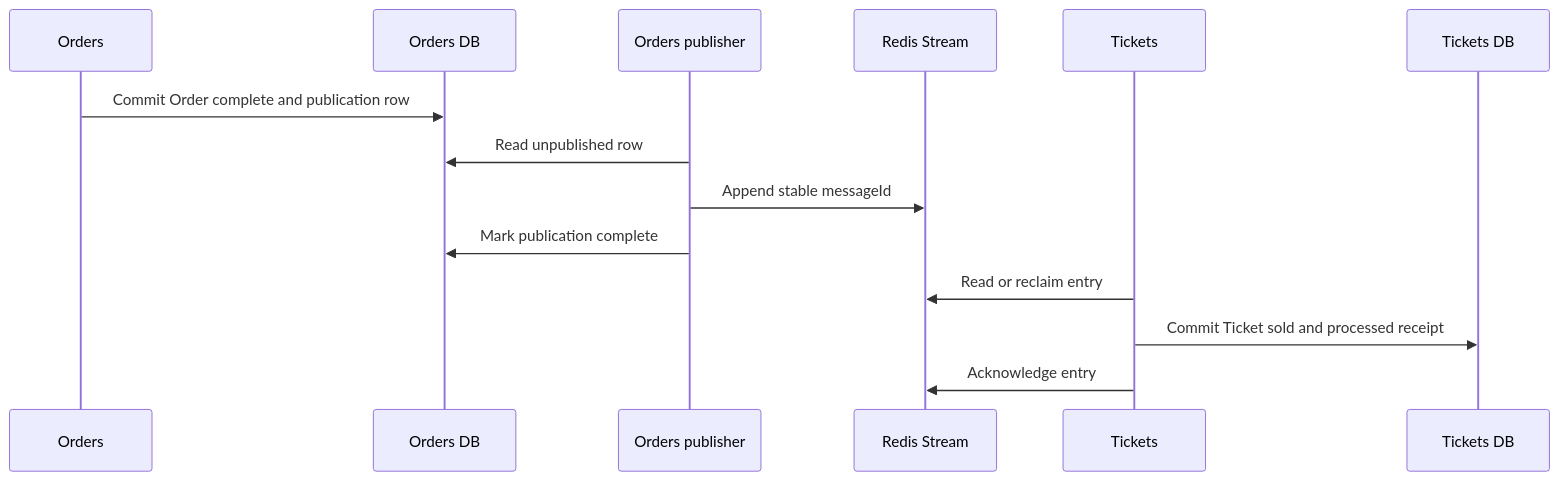
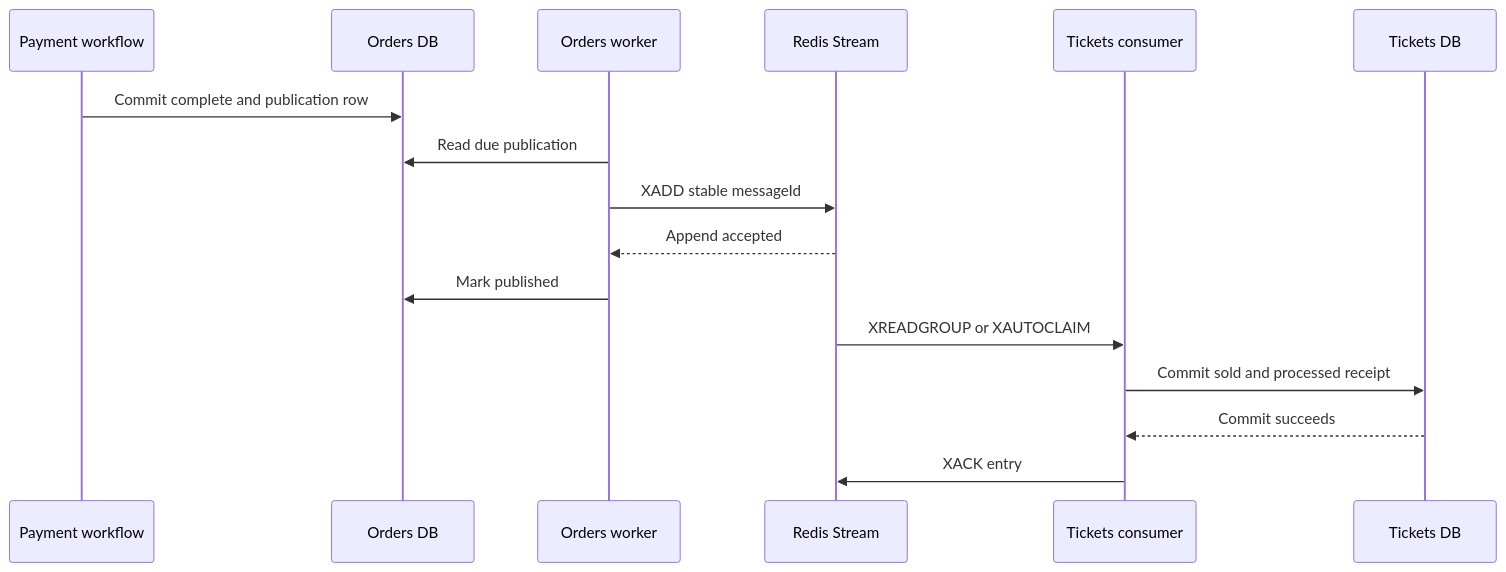
The diagram in docs/service-design/09-guided-practice.md (h19overflow/stubhub), drawn with Mermaid before and after one commit. The commit also changed other lines of this file and 15 other files, not shown here.

````diff
--- a/docs/service-design/09-guided-practice.md
+++ b/docs/service-design/09-guided-practice.md
@@ -117,17 +244,19 @@
 ```mermaid
 sequenceDiagram
-    participant Orders
+    participant Pay as Payment workflow
     participant ODB as Orders DB
-    participant Worker as Orders publisher
-    participant Bus as Redis Stream
-    participant Tickets
+    participant Worker as Orders worker
+    participant Redis as Redis Stream
+    participant Consumer as Tickets consumer
     participant TDB as Tickets DB
 
-    Orders->>ODB: Commit Order complete and publication row
-    Worker->>ODB: Read unpublished row
-    Worker->>Bus: Append stable messageId
-    Worker->>ODB: Mark publication complete
-    Tickets->>Bus: Read or reclaim entry
-    Tickets->>TDB: Commit Ticket sold and processed receipt
-    Tickets->>Bus: Acknowledge entry
+    Pay->>ODB: Commit complete and publication row
+    Worker->>ODB: Read due publication
+    Worker->>Redis: XADD stable messageId
+    Redis-->>Worker: Append accepted
+    Worker->>ODB: Mark published
+    Redis->>Consumer: XREADGROUP or XAUTOCLAIM
+    Consumer->>TDB: Commit sold and processed receipt
+    TDB-->>Consumer: Commit succeeds
+    Consumer->>Redis: XACK entry
 ```
````
